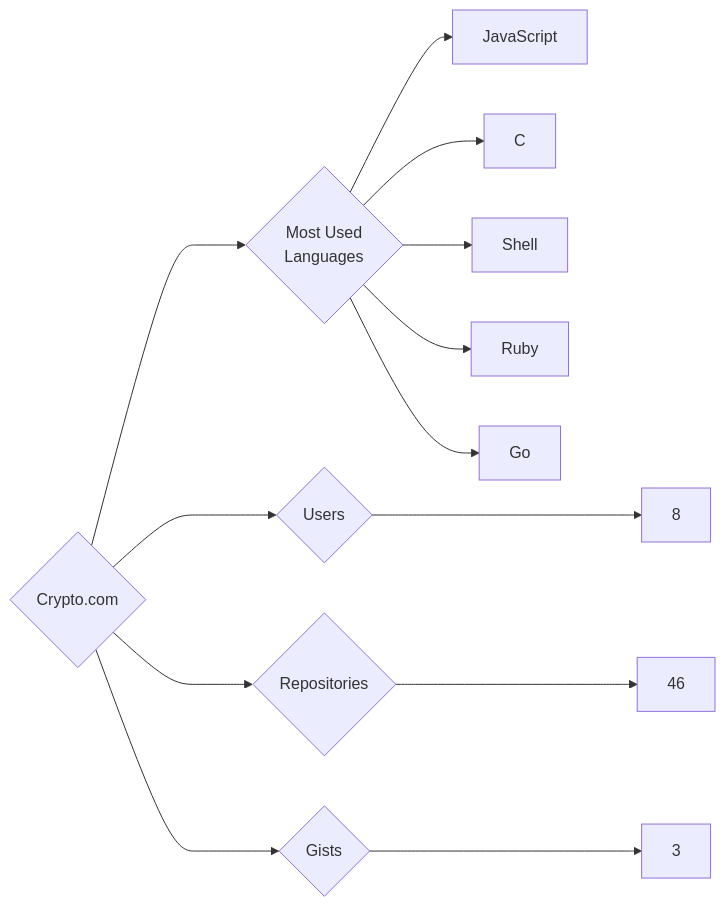
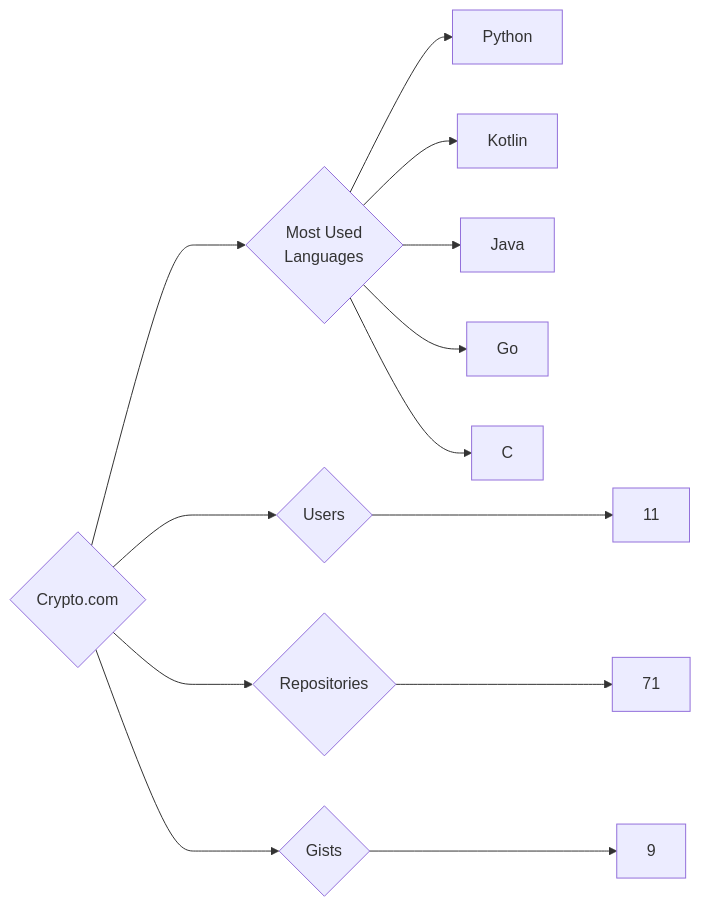
The diagram in targets/Crypto.com/README.md (trickest/insiders), drawn with Mermaid before and after one commit. The commit also changed 1212 other files, not shown here.

````diff
--- a/targets/Crypto.com/README.md
+++ b/targets/Crypto.com/README.md
@@ -3,13 +3,13 @@
 ```mermaid
 graph LR
 COMPANY_NAME{Crypto.com}
-COMPANY_NAME ---> U{Users} ---> UN[8]
-COMPANY_NAME ---> R{Repositories} ---> RN[46]
-COMPANY_NAME ---> G{Gists} ---> GN[3]
+COMPANY_NAME ---> U{Users} ---> UN[11]
+COMPANY_NAME ---> R{Repositories} ---> RN[71]
+COMPANY_NAME ---> G{Gists} ---> GN[9]
 COMPANY_NAME ---> ML{Most Used<br>Languages}
-ML --> JavaScript[JavaScript]
+ML --> Python[Python]
+ML --> Kotlin[Kotlin]
+ML --> Java[Java]
+ML --> Go[Go]
 ML --> C[C]
-ML --> Shell[Shell]
-ML --> Ruby[Ruby]
-ML --> Go[Go]
 ```
````
